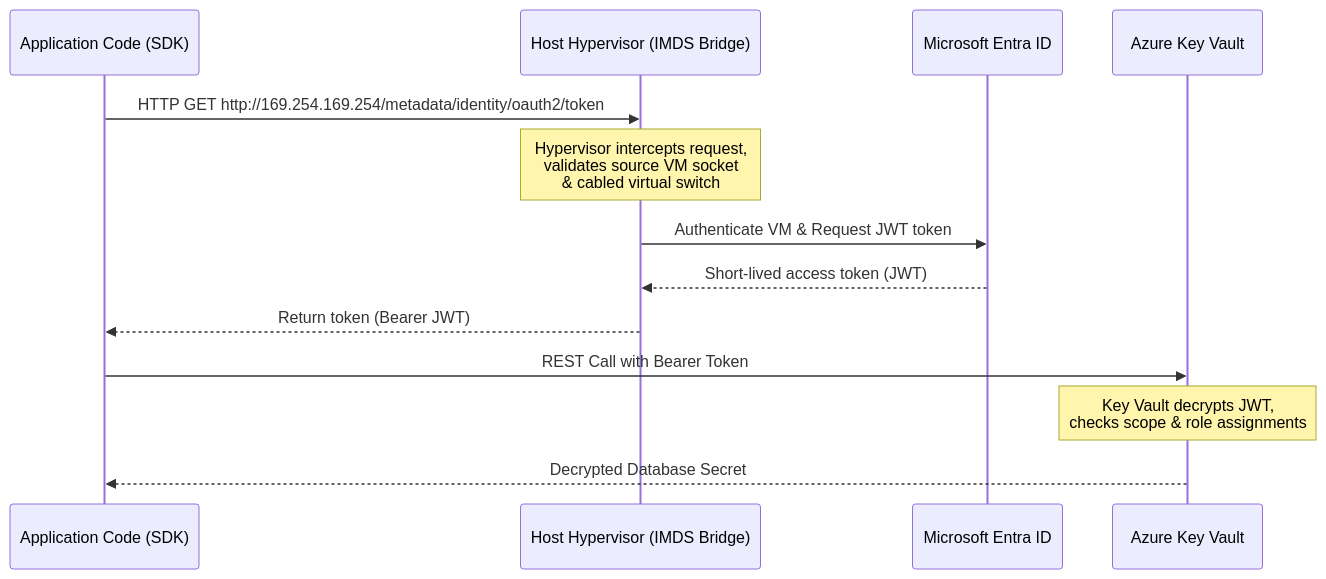
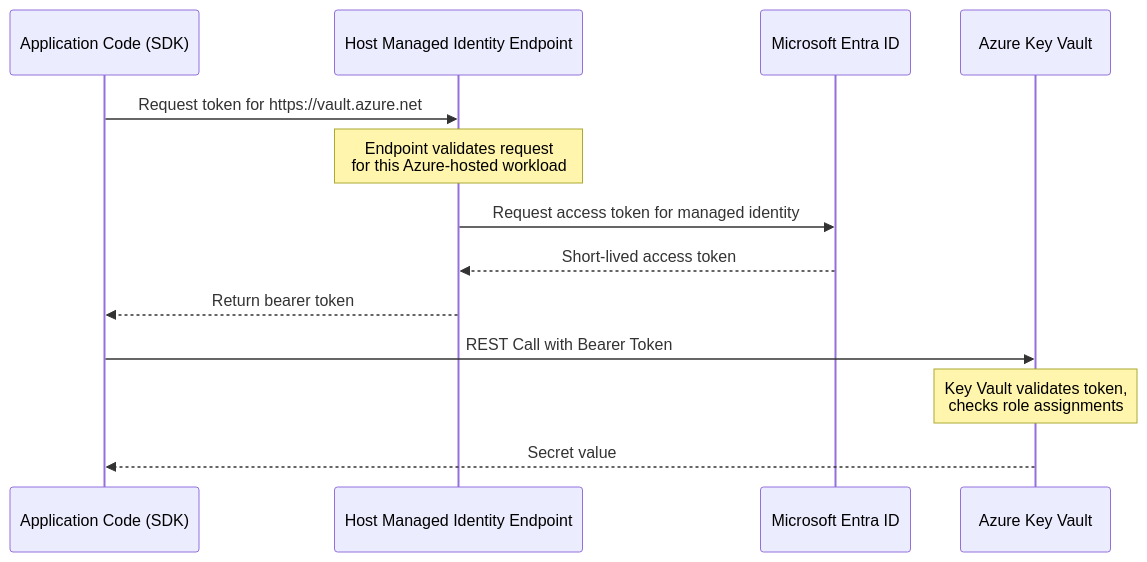
Before and after one commit to senlinyy/dev-roadmaps: the second of 3 diagrams in cloud-providers/azure/identity-security/managed-identities.md, drawn with Mermaid. The commit also changed other lines of this file and 530 other files, not shown here.

````diff
--- a/cloud-providers/azure/identity-security/managed-identities.md
+++ b/cloud-providers/azure/identity-security/managed-identities.md
@@ -120,16 +149,16 @@
 ```mermaid
 sequenceDiagram
     participant App as Application Code (SDK)
-    participant Hypervisor as Host Hypervisor (IMDS Bridge)
+    participant IdentityEndpoint as Host Managed Identity Endpoint
     participant Entra as Microsoft Entra ID
     participant Vault as Azure Key Vault
 
-    App->>Hypervisor: HTTP GET http://169.254.169.254/metadata/identity/oauth2/token
-    Note over Hypervisor: Hypervisor intercepts request,<br/>validates source VM socket<br/>& cabled virtual switch
-    Hypervisor->>Entra: Authenticate VM & Request JWT token
-    Entra-->>Hypervisor: Short-lived access token (JWT)
-    Hypervisor-->>App: Return token (Bearer JWT)
+    App->>IdentityEndpoint: Request token for https://vault.azure.net
+    Note over IdentityEndpoint: Endpoint validates request<br/>for this Azure-hosted workload
+    IdentityEndpoint->>Entra: Request access token for managed identity
+    Entra-->>IdentityEndpoint: Short-lived access token
+    IdentityEndpoint-->>App: Return bearer token
     App->>Vault: REST Call with Bearer Token
-    Note over Vault: Key Vault decrypts JWT,<br/>checks scope & role assignments
-    Vault-->>App: Decrypted Database Secret
+    Note over Vault: Key Vault validates token,<br/>checks role assignments
+    Vault-->>App: Secret value
 ```
````
